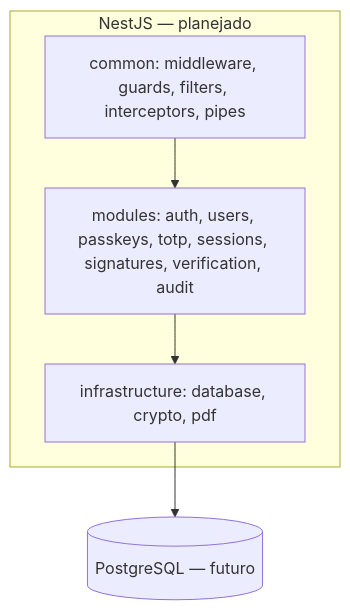
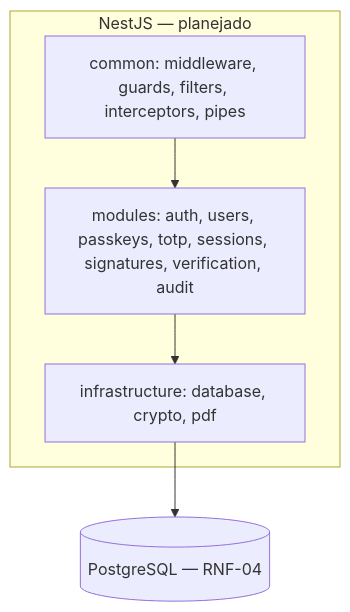
One commit to matheusgvl/assinaturaDigital changed the second of 2 diagrams in README.md. Above: the diagram before and after it, drawn with Mermaid. The commit also changed other lines of this file and 3 other files, not shown here.

Commit message:
docs: documenta persistencia PostgreSQL e evidencias Ref #69

````diff
--- a/README.md
+++ b/README.md
@@ -77,10 +82,10 @@
 ```mermaid
 flowchart TB
   subgraph Backend[NestJS — planejado]
     C[common: middleware, guards, filters, interceptors, pipes]
     M[modules: auth, users, passkeys, totp, sessions, signatures, verification, audit]
     I[infrastructure: database, crypto, pdf]
     C --> M --> I
   end
-  I --> DB[(PostgreSQL — futuro)]
+  I --> DB[(PostgreSQL — RNF-04)]
 ```
````
